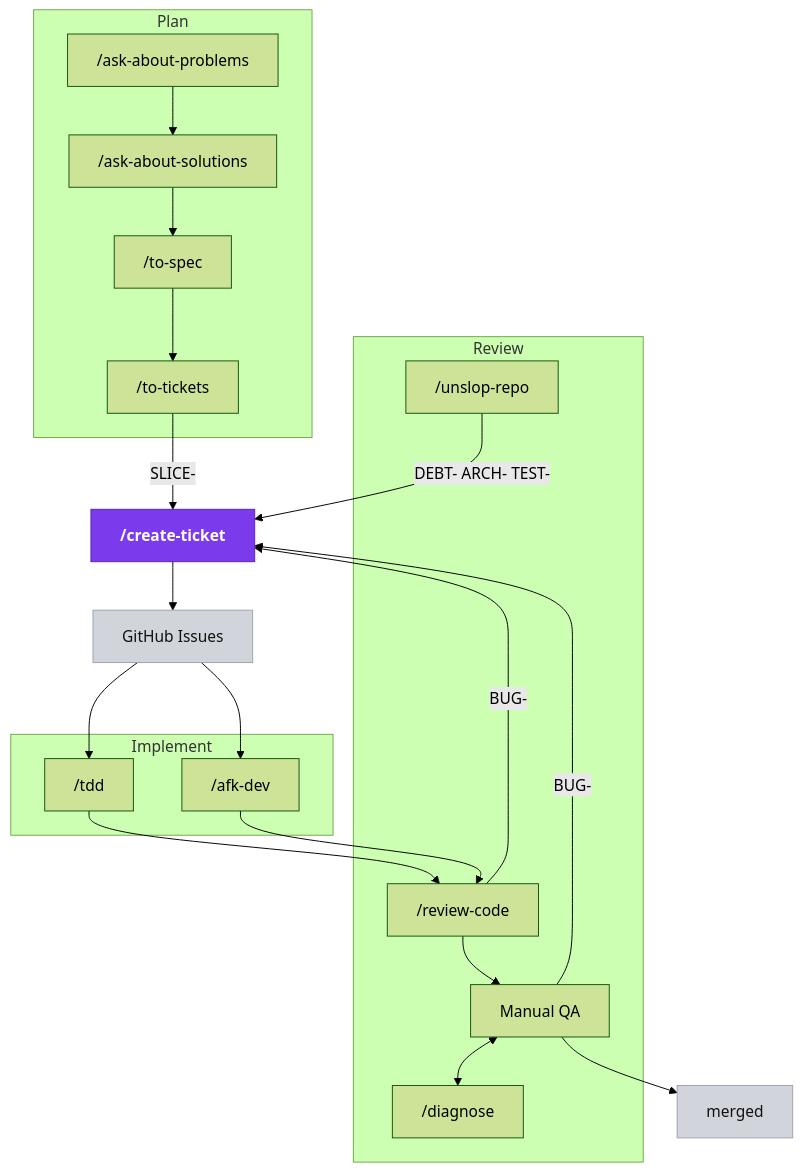
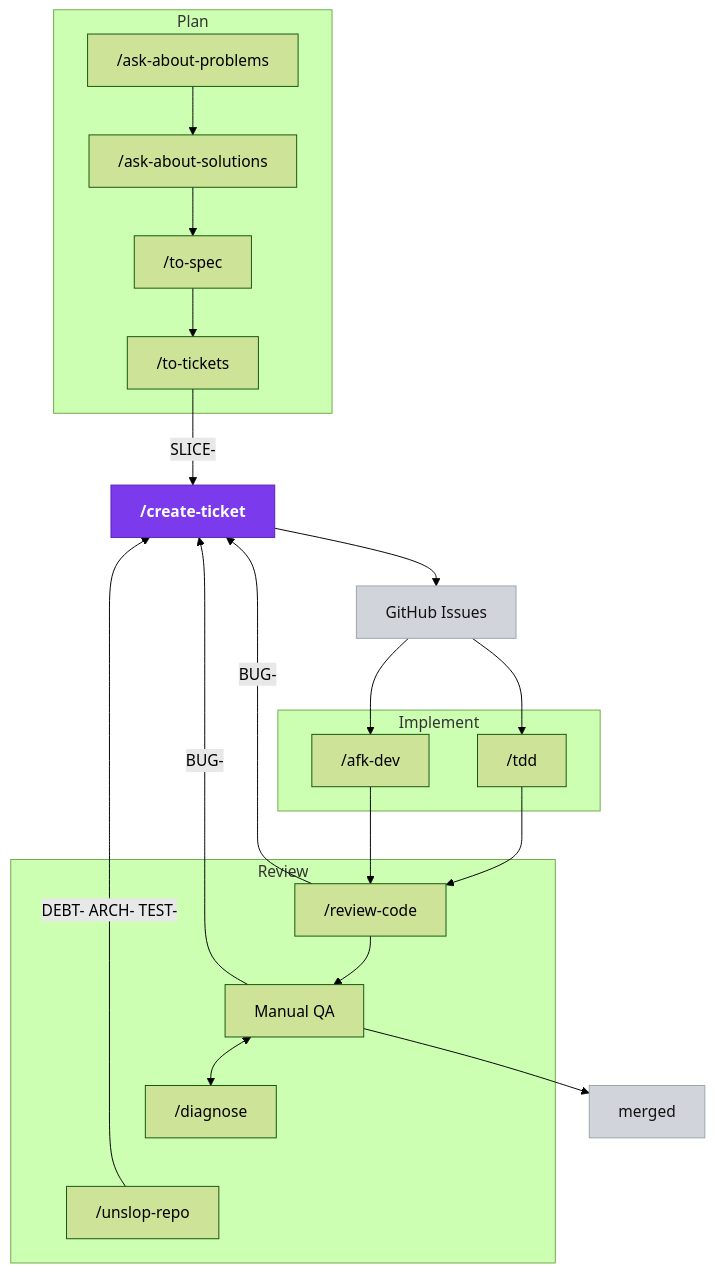
One commit to mskhmelik/agent-skills changed the diagram in README.md. Above: the diagram before and after it, drawn with Mermaid (forest theme). The commit also changed 1 other file, not shown here.

Commit message:
docs: verticalize workflow mermaid; feedback arrows up the side (#15)
Anchor /unslop-repo low in the Review box with an invisible link (dg ~~~
unslop) instead of letting its create-ticket edge pull it to the top. Dagre
then lays the whole graph out as a vertical column: forward flow (create-ticket
→ issues → Implement → Review) runs down the right, and the feedback arrows
(BUG- from review-code/Manual QA, DEBT- ARCH- TEST- from unslop) run up the
left margin — up-arrows and down-arrows no longer tangle.

Rendered to PNG and inspected; no crossings. Same diagram in README and
template (byte-identical). Validator 19/0/0.

````diff
--- a/README.md
+++ b/README.md
@@ -53,36 +53,36 @@
 ```mermaid
 flowchart TB
   subgraph plan [Plan]
     aap["/ask-about-problems"] --> aas["/ask-about-solutions"]
     aas --> spec["/to-spec"]
     spec --> tix["/to-tickets"]
   end
   ct["/create-ticket"]
   issues["GitHub Issues"]
   subgraph implement [Implement]
     tdd["/tdd"]
     afk["/afk-dev"]
   end
   subgraph review [Review]
     rc["/review-code"] --> qa["Manual QA"]
     qa <--> dg["/diagnose"]
-    unslop["/unslop-repo"]
+    dg ~~~ unslop["/unslop-repo"]
   end
   merged["merged"]
 
   tix -->|"SLICE-"| ct
   ct --> issues
   issues --> tdd
   issues --> afk
   tdd --> rc
   afk --> rc
-  unslop -->|"DEBT- ARCH- TEST-"| ct
+  qa --> merged
   rc -->|"BUG-"| ct
   qa -->|"BUG-"| ct
-  qa --> merged
+  unslop -->|"DEBT- ARCH- TEST-"| ct
 
   classDef hub fill:#7c3aed,stroke:#5b21b6,color:#fff,font-weight:bold
   classDef artifact fill:#d1d5db,stroke:#9ca3af,color:#111
   class ct hub
   class issues,merged artifact
 ```
````
